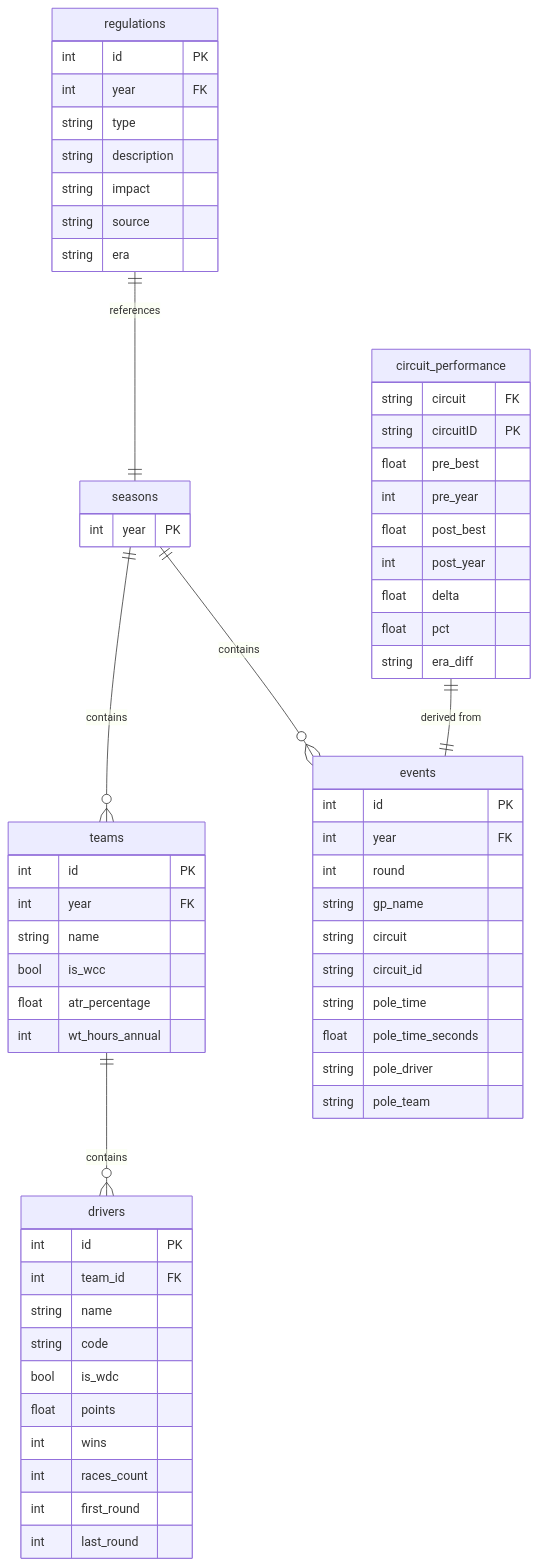
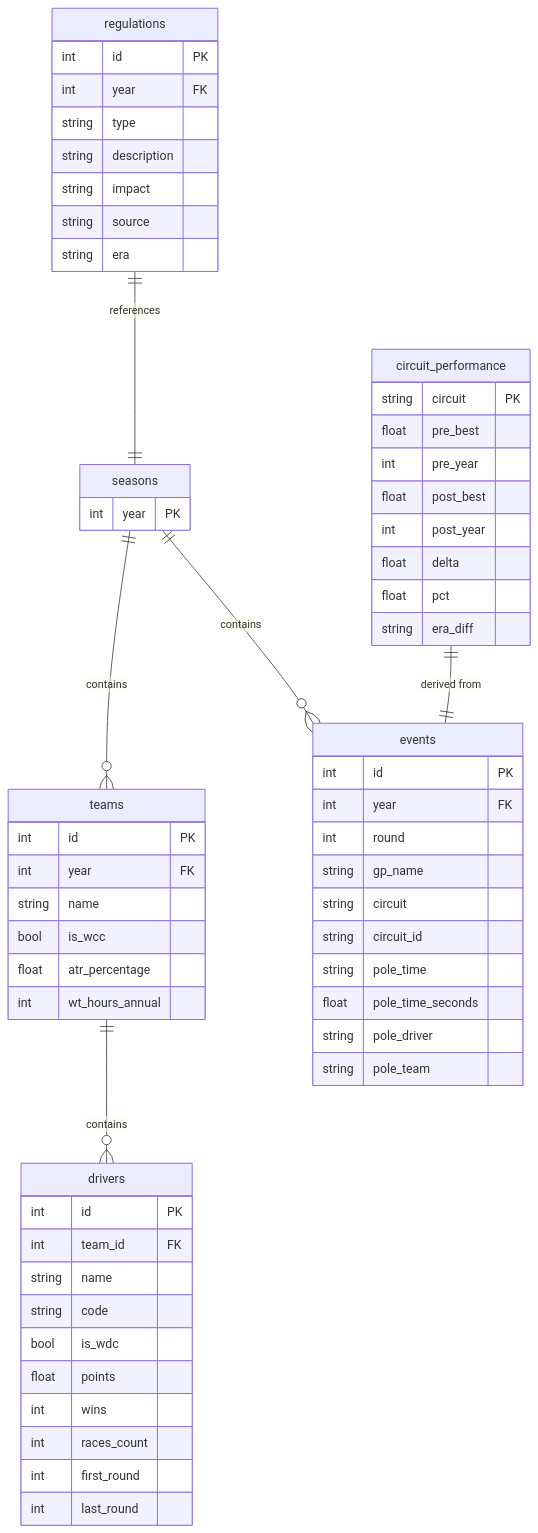
One commit to raff1031/DataMan-Bicocca- changed the diagram in database_schema.md. Above: the diagram before and after it, drawn with Mermaid. The commit also changed other lines of this file, not shown here.

Commit message:
Translate database schema to English

````diff
--- a/database_schema.md
+++ b/database_schema.md
@@ -18,69 +18,68 @@
 ```mermaid
 erDiagram
     seasons ||--o{ teams : contains
     teams ||--o{ drivers : contains
     seasons ||--o{ events : contains
     regulations ||--|| seasons : references
     circuit_performance ||--|| events : "derived from"
 
     seasons {
         int year PK
     }
     
     teams {
         int id PK
         int year FK
         string name
         bool is_wcc
         float atr_percentage
         int wt_hours_annual
     }
     
     drivers {
         int id PK
         int team_id FK
         string name
         string code
         bool is_wdc
         float points
         int wins
         int races_count
         int first_round
         int last_round
     }
     
     events {
         int id PK
         int year FK
         int round
         string gp_name
         string circuit
         string circuit_id
         string pole_time
         float pole_time_seconds
         string pole_driver
         string pole_team
     }
     
     regulations {
         int id PK
         int year FK
         string type
         string description
         string impact
         string source
         string era
     }
     
     circuit_performance {
-        string circuit FK
-        string circuitID PK
+        string circuit PK
         float pre_best
         int pre_year
         float post_best
         int post_year
         float delta
         float pct
         string era_diff
     }
 ```
````
